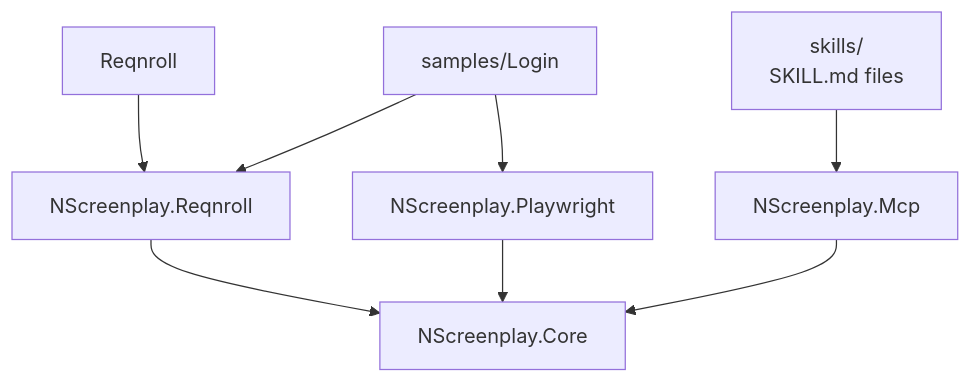
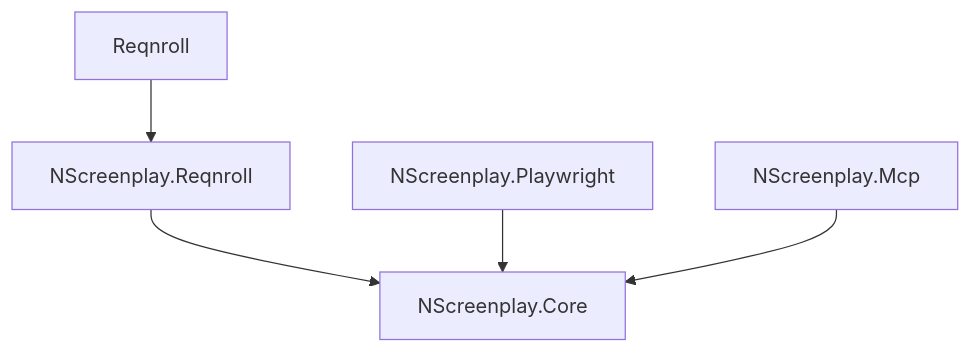
Before and after one commit to hadijahangiri/NScreenPlay: the diagram in README.md, drawn with Mermaid. The commit also changed other lines of this file, not shown here.

````diff
--- a/README.md
+++ b/README.md
@@ -153,10 +157,7 @@
 ```mermaid
 graph TD
     R[Reqnroll] --> NR[NScreenplay.Reqnroll]
     NR --> C[NScreenplay.Core]
     P[NScreenplay.Playwright] --> C
     M[NScreenplay.Mcp] --> C
-    S[skills/\nSKILL.md files] --> M
-    L[samples/Login] --> NR
-    L --> P
 ```
````
